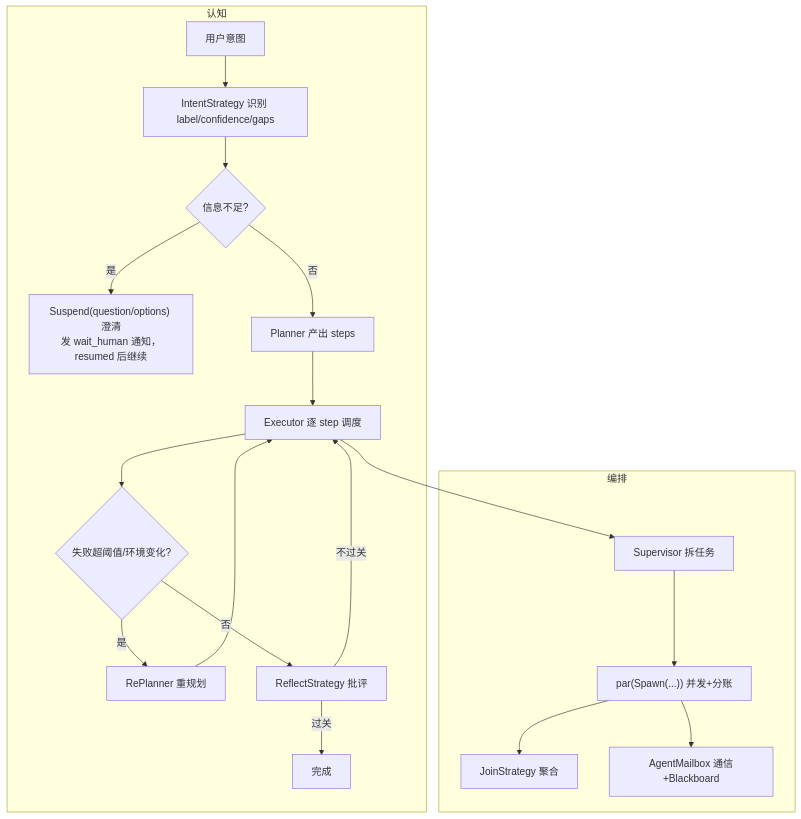
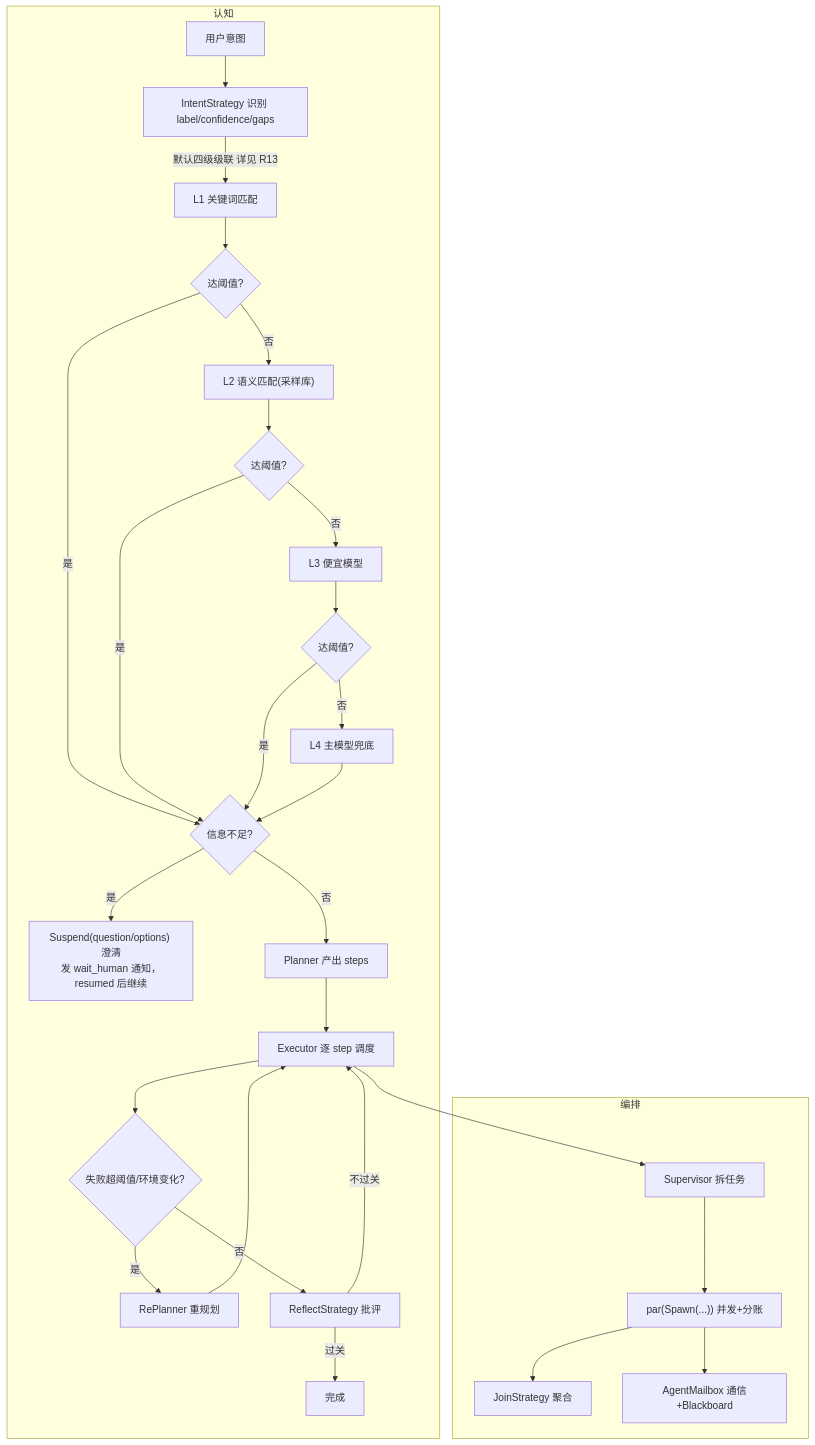
The diagram in docs/02-模块详设/Agent/R8-认知与多Agent编排.md (sao-lang/lll), drawn with Mermaid before and after one commit. The commit also changed other lines of this file and 5 other files, not shown here.

First line of the commit message:
docs(intent): 意图识别默认四级级联路由设计落文档

````diff
--- a/docs/02-模块详设/Agent/R8-认知与多Agent编排.md
+++ b/docs/02-模块详设/Agent/R8-认知与多Agent编排.md
@@ -22,20 +22,28 @@
 ```mermaid
 flowchart TD
     subgraph 认知
         UI["用户意图"] --> INT["IntentStrategy 识别 label/confidence/gaps"]
-        INT --> CLR{"信息不足?"}
+        INT -->|默认四级级联 详见 R13| C1["L1 关键词匹配"] --> C2{"达阈值?"}
+        C2 -->|否| C3["L2 语义匹配(采样库)"] --> C4{"达阈值?"}
+        C4 -->|否| C5["L3 便宜模型"] --> C6{"达阈值?"}
+        C6 -->|否| C7["L4 主模型兜底"]
+        C2 -->|是| CLR
+        C4 -->|是| CLR
+        C6 -->|是| CLR
+        C7 --> CLR
+        CLR{"信息不足?"}
         CLR -->|是| ASK["Suspend(question/options) 澄清<br/>发 wait_human 通知，resumed 后继续"]
         CLR -->|否| PLAN["Planner 产出 steps"] --> EXEC["Executor 逐 step 调度"]
         EXEC --> F{"失败超阈值/环境变化?"}
         F -->|是| RP["RePlanner 重规划"] --> EXEC
         F -->|否| REF["ReflectStrategy 批评"] 
         REF -->|不过关| EXEC
         REF -->|过关| DONE["完成"]
     end
     subgraph 编排
         SUP["Supervisor 拆任务"] --> PAR["par(Spawn(...)) 并发+分账"]
         PAR --> JOIN["JoinStrategy 聚合"]
         PAR --> COM["AgentMailbox 通信+Blackboard"]
     end
     EXEC --> SUP
 ```
````
